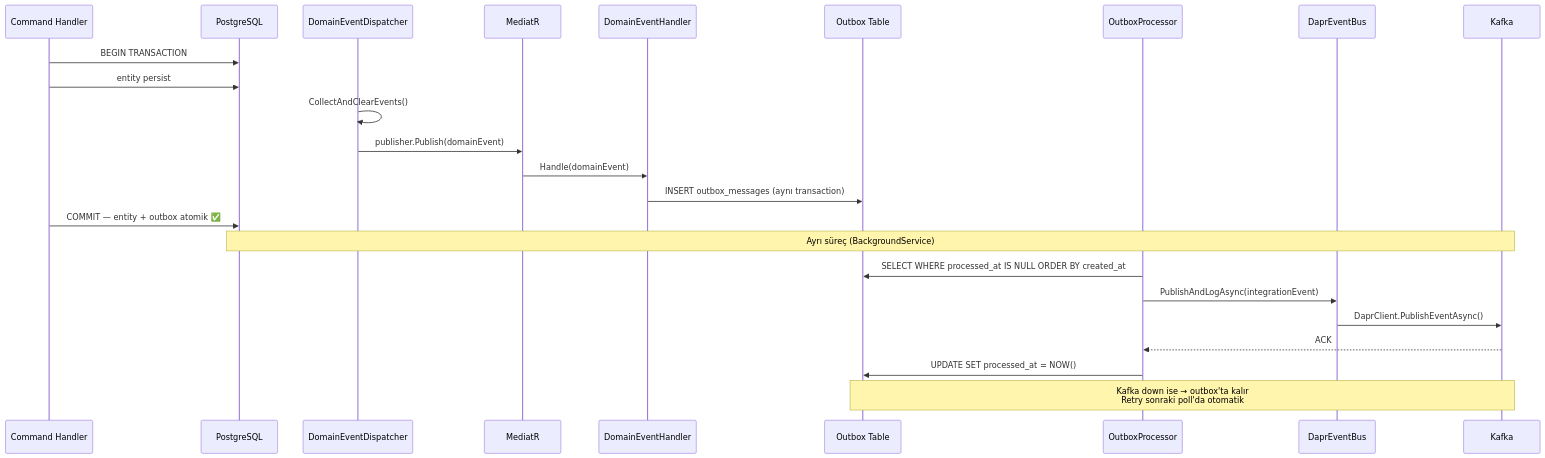
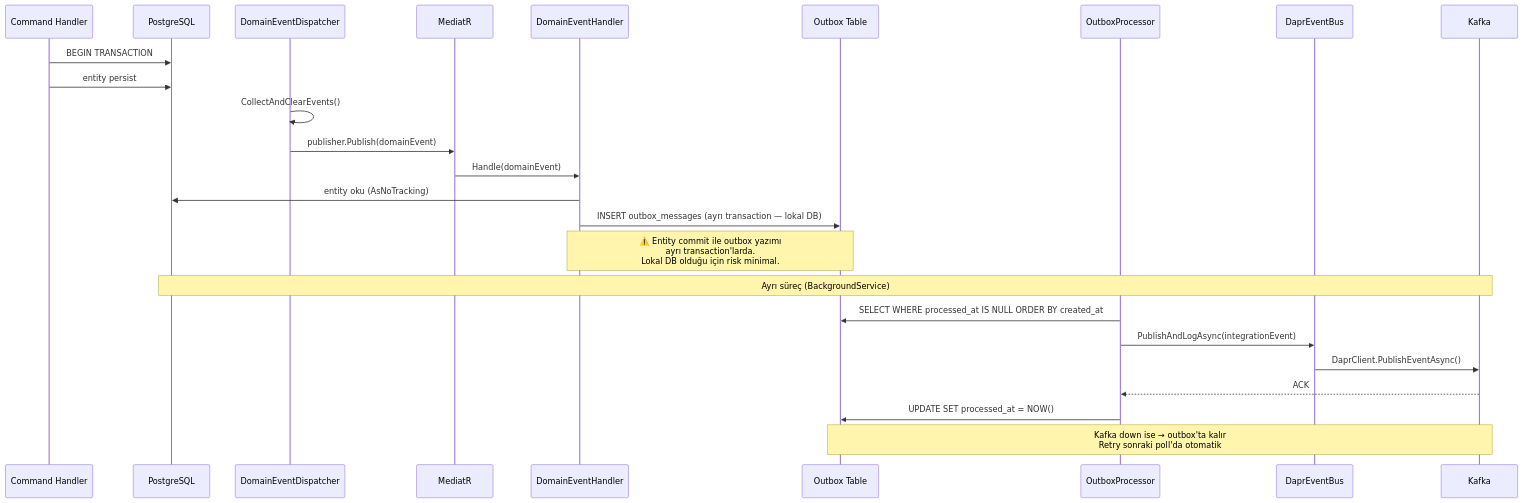
The second of 3 diagrams in docs/roadmap/OUTBOX_INBOX_PATTERN_PLAN.md (cemililik/Nexora), drawn with Mermaid before and after one commit. The commit also changed other lines of this file and 3 other files, not shown here.

````diff
--- a/docs/roadmap/OUTBOX_INBOX_PATTERN_PLAN.md
+++ b/docs/roadmap/OUTBOX_INBOX_PATTERN_PLAN.md
@@ -124,30 +124,31 @@
 ```mermaid
 sequenceDiagram
     participant H as Command Handler
     participant DB as PostgreSQL
     participant D as DomainEventDispatcher
     participant M as MediatR
     participant DH as DomainEventHandler
     participant OT as Outbox Table
     participant OP as OutboxProcessor
     participant EB as DaprEventBus
     participant K as Kafka
 
     H->>DB: BEGIN TRANSACTION
     H->>DB: entity persist
     D->>D: CollectAndClearEvents()
     D->>M: publisher.Publish(domainEvent)
     M->>DH: Handle(domainEvent)
-    DH->>OT: INSERT outbox_messages (aynı transaction)
-    H->>DB: COMMIT — entity + outbox atomik ✅
+    DH->>DB: entity oku (AsNoTracking)
+    DH->>OT: INSERT outbox_messages (ayrı transaction — lokal DB)
+    Note over DH,OT: ⚠️ Entity commit ile outbox yazımı<br/>ayrı transaction'larda.<br/>Lokal DB olduğu için risk minimal.
 
     Note over DB,K: Ayrı süreç (BackgroundService)
 
     OP->>OT: SELECT WHERE processed_at IS NULL ORDER BY created_at
     OP->>EB: PublishAndLogAsync(integrationEvent)
     EB->>K: DaprClient.PublishEventAsync()
     K-->>OP: ACK
     OP->>OT: UPDATE SET processed_at = NOW()
 
     Note over OT,K: Kafka down ise → outbox'ta kalır<br/>Retry sonraki poll'da otomatik
 ```
````
